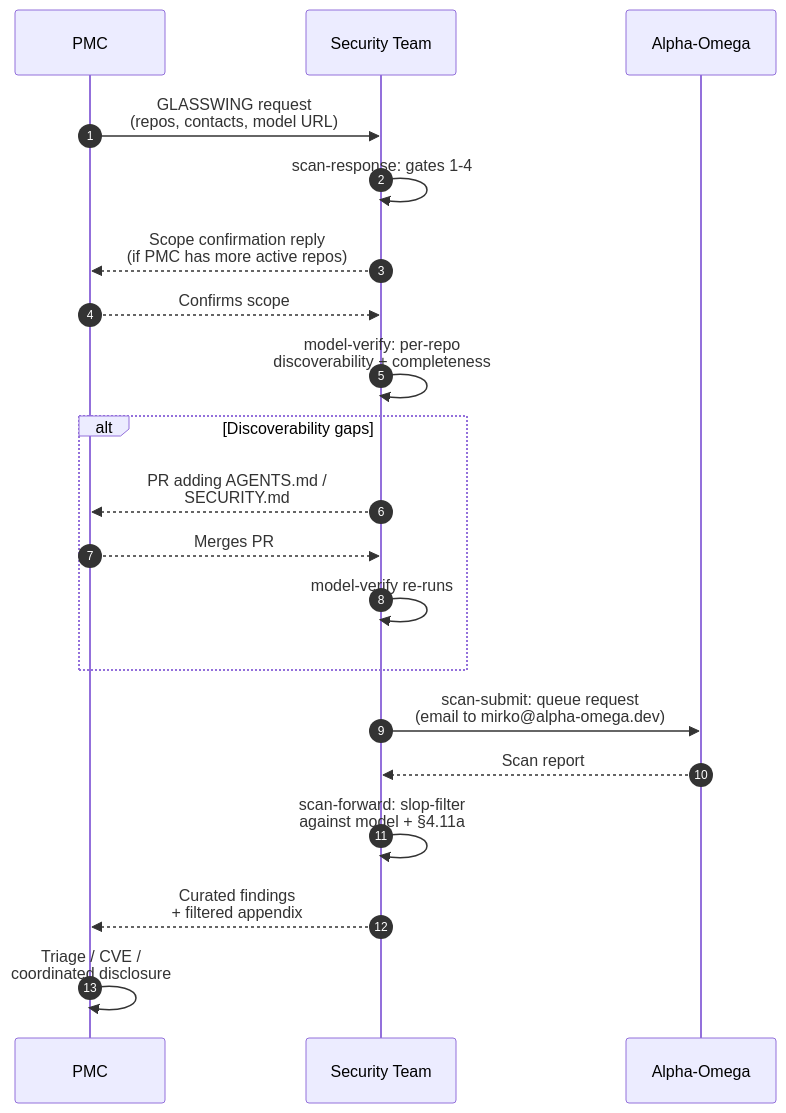
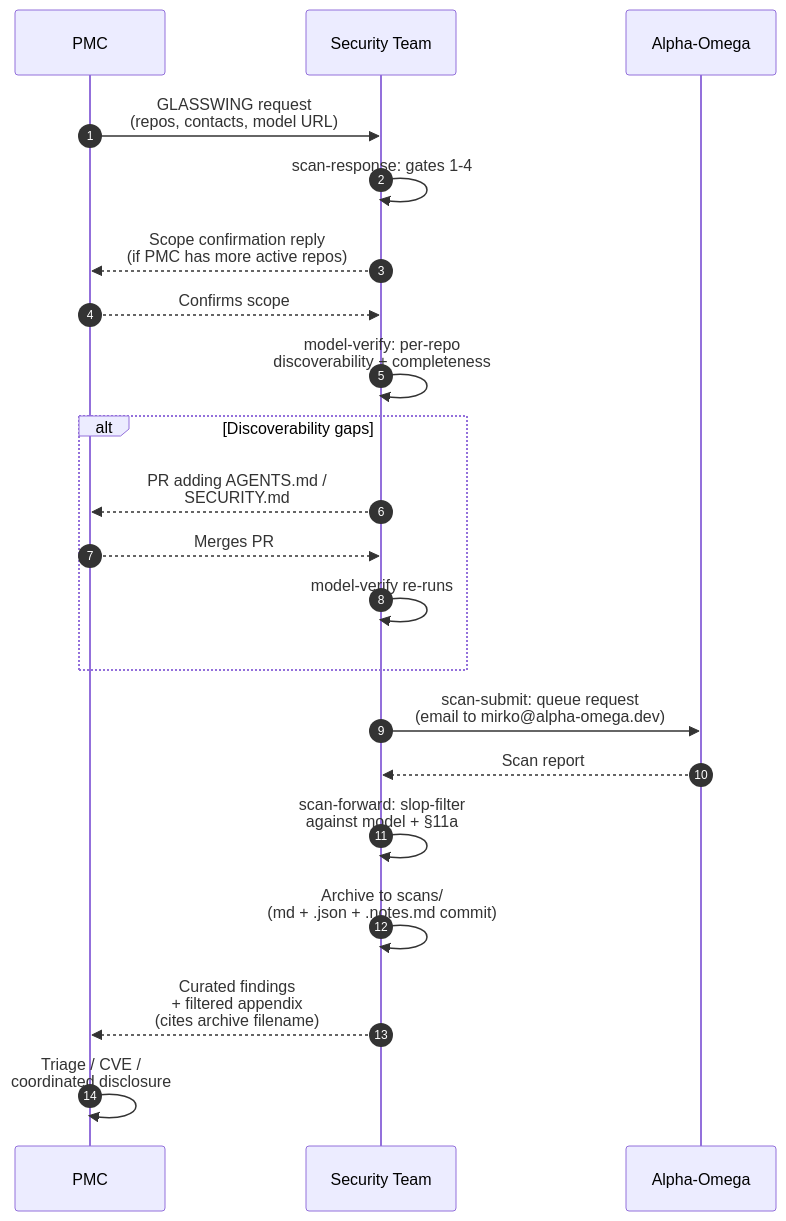
The third of 3 diagrams in README.md (raboof/apache-security-dash), drawn with Mermaid before and after one commit. The commit also changed other lines of this file and 3 other files, not shown here.

First line of the commit message:
Wire scans/ auto-archive into the workflow + diagrams

````diff
--- a/README.md
+++ b/README.md
@@ -102,22 +120,23 @@
 ```mermaid
 sequenceDiagram
     autonumber
     participant PMC
     participant Sec as Security Team
     participant V as Alpha-Omega
     PMC->>Sec: GLASSWING request<br/>(repos, contacts, model URL)
     Sec->>Sec: scan-response: gates 1-4
     Sec-->>PMC: Scope confirmation reply<br/>(if PMC has more active repos)
     PMC-->>Sec: Confirms scope
     Sec->>Sec: model-verify: per-repo<br/>discoverability + completeness
     alt Discoverability gaps
         Sec-->>PMC: PR adding AGENTS.md /<br/>SECURITY.md
         PMC-->>Sec: Merges PR
         Sec->>Sec: model-verify re-runs
     end
     Sec->>V: scan-submit: queue request<br/>(email to mirko@alpha-omega.dev)
     V-->>Sec: Scan report
-    Sec->>Sec: scan-forward: slop-filter<br/>against model + §4.11a
-    Sec-->>PMC: Curated findings<br/>+ filtered appendix
+    Sec->>Sec: scan-forward: slop-filter<br/>against model + §11a
+    Sec->>Sec: Archive to scans/<br/>(md + .json + .notes.md commit)
+    Sec-->>PMC: Curated findings<br/>+ filtered appendix<br/>(cites archive filename)
     PMC->>PMC: Triage / CVE /<br/>coordinated disclosure
 ```
````
